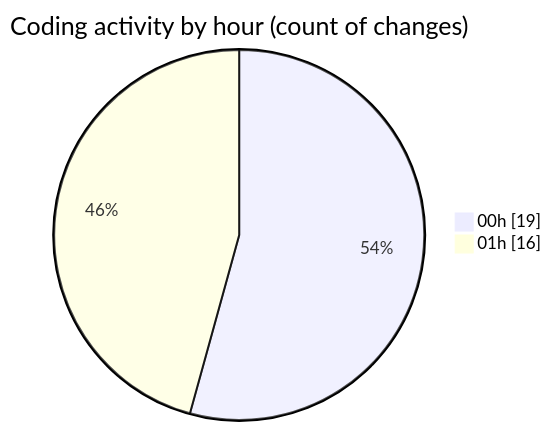
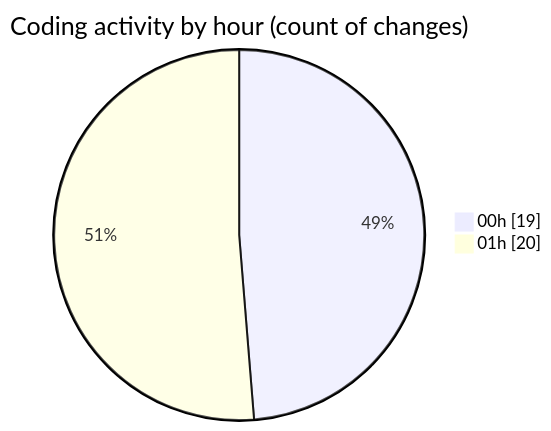
Before and after one commit to momahboobian/code-tracking: the second of 2 diagrams in 2025-02-23/pdf-analysis-app/README.md, drawn with Mermaid. The commit also changed other lines of this file and 1 other file, not shown here.

````diff
--- a/2025-02-23/pdf-analysis-app/README.md
+++ b/2025-02-23/pdf-analysis-app/README.md
@@ -38,6 +39,6 @@
 ```mermaid
 pie showData
 title Coding activity by hour (count of changes)
 "00h" : 19
-"01h" : 16
+"01h" : 20
 ```
````
